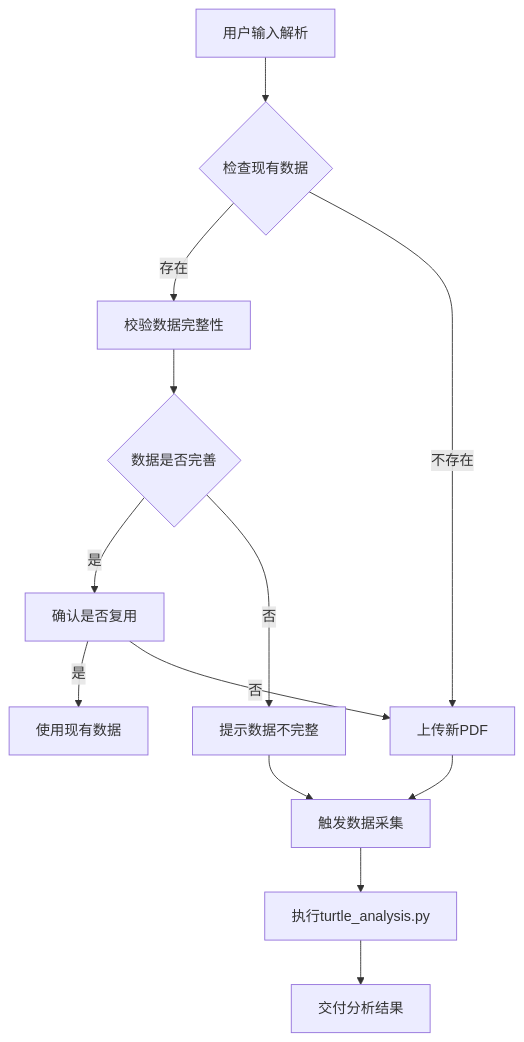
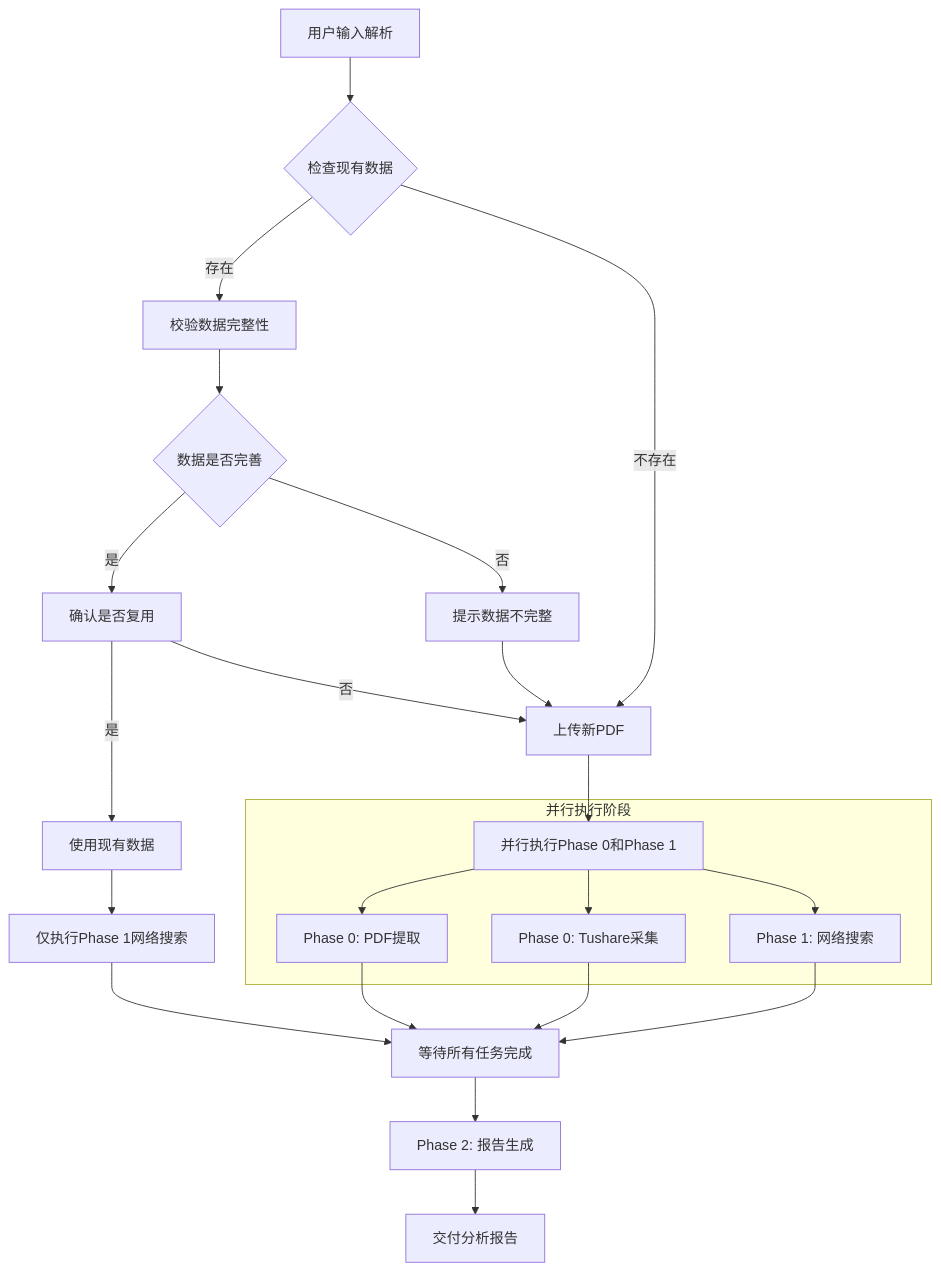
Before and after one commit to Basenode/company_analysis: the diagram in prompts/coordinator_v2.md, drawn with Mermaid. The commit also changed other lines of this file and 8 other files, not shown here.

````diff
--- a/prompts/coordinator_v2.md
+++ b/prompts/coordinator_v2.md
@@ -29,15 +40,27 @@
 ```mermaid
 flowchart TD
     A[用户输入解析] --> B{检查现有数据}
     B -->|存在| C[校验数据完整性]
     C --> D{数据是否完善}
     D -->|是| E[确认是否复用]
     D -->|否| F[提示数据不完整]
     E -->|是| G[使用现有数据]
     E -->|否| H[上传新PDF]
     B -->|不存在| H
-    H --> I[触发数据采集]
-    F --> I
-    I --> J[执行turtle_analysis.py]
-    J --> K[交付分析结果]
+    F --> H
+    H --> I[并行执行Phase 0和Phase 1]
+    G --> J[仅执行Phase 1网络搜索]
+    
+    subgraph Parallel[并行执行阶段]
+        I --> I1[Phase 0: PDF提取]
+        I --> I2[Phase 0: Tushare采集]
+        I --> I3[Phase 1: 网络搜索]
+    end
+    
+    I1 --> K[等待所有任务完成]
+    I2 --> K
+    I3 --> K
+    J --> K
+    K --> L[Phase 2: 报告生成]
+    L --> M[交付分析报告]
 ```
````
